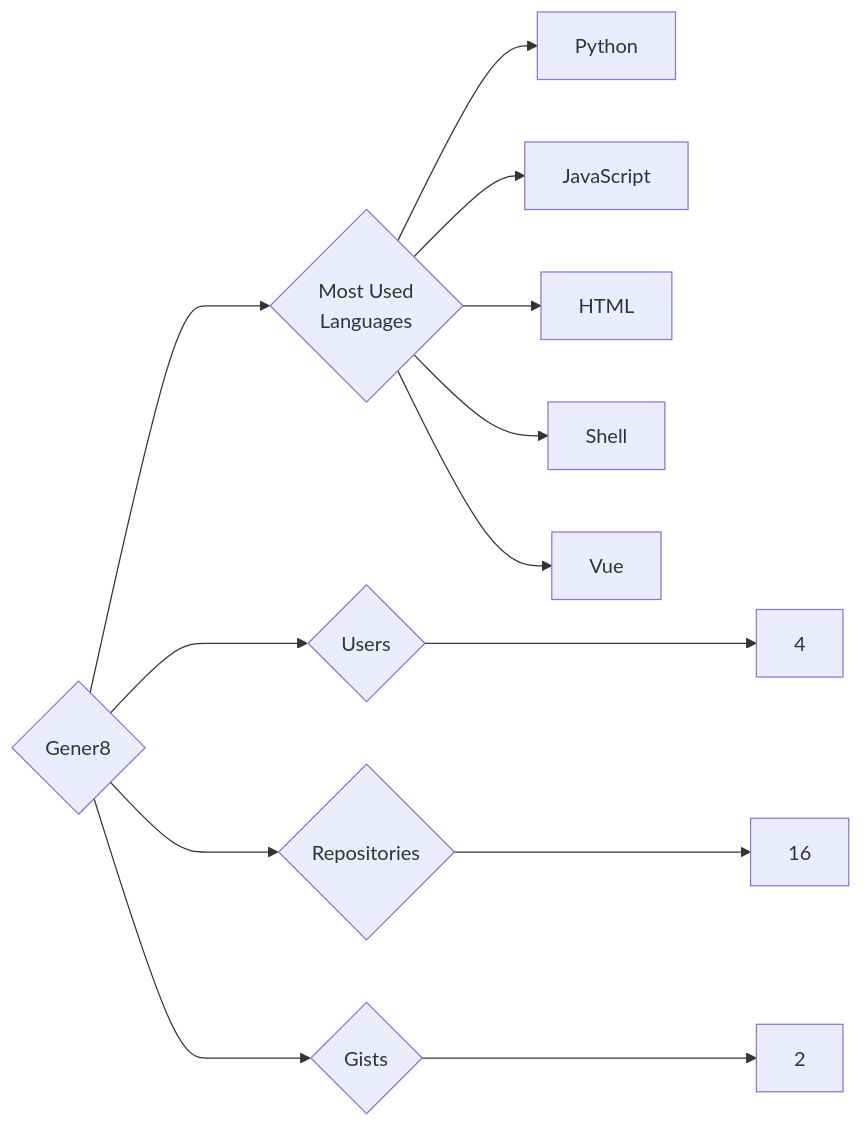
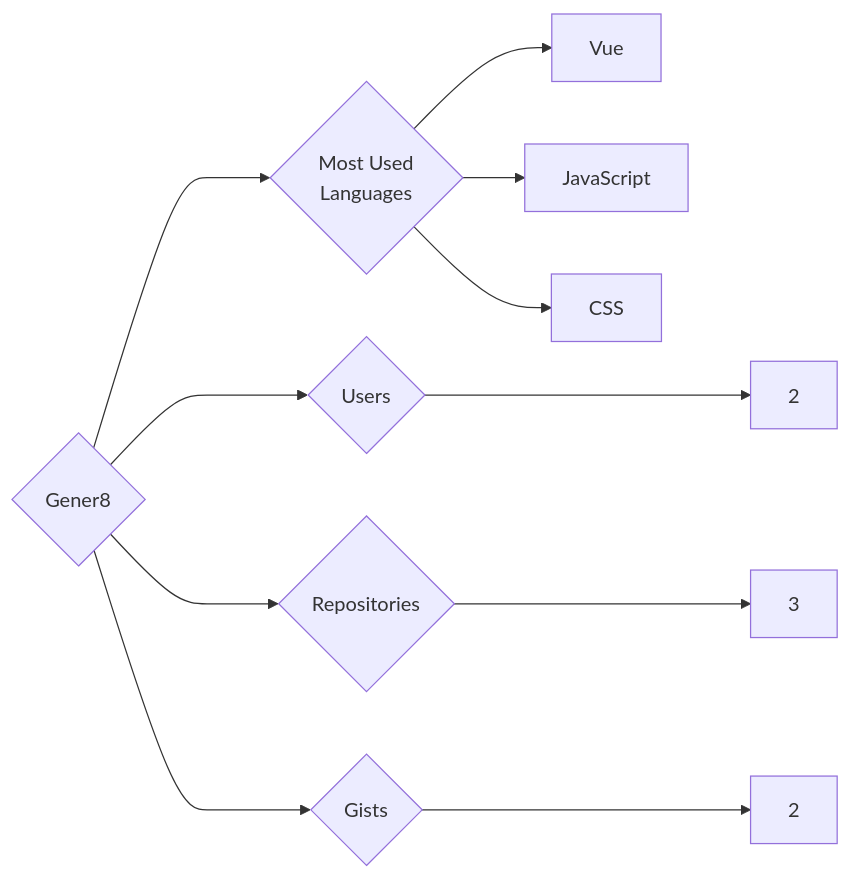
The diagram in targets/Gener8/README.md (trickest/insiders), drawn with Mermaid before and after one commit. The commit also changed 815 other files, not shown here.

````diff
--- a/targets/Gener8/README.md
+++ b/targets/Gener8/README.md
@@ -3,13 +3,11 @@
 ```mermaid
 graph LR
 COMPANY_NAME{Gener8}
-COMPANY_NAME ---> U{Users} ---> UN[4]
-COMPANY_NAME ---> R{Repositories} ---> RN[16]
+COMPANY_NAME ---> U{Users} ---> UN[2]
+COMPANY_NAME ---> R{Repositories} ---> RN[3]
 COMPANY_NAME ---> G{Gists} ---> GN[2]
 COMPANY_NAME ---> ML{Most Used<br>Languages}
-ML --> Python[Python]
+ML --> Vue[Vue]
 ML --> JavaScript[JavaScript]
-ML --> HTML[HTML]
-ML --> Shell[Shell]
-ML --> Vue[Vue]
+ML --> CSS[CSS]
 ```
````
